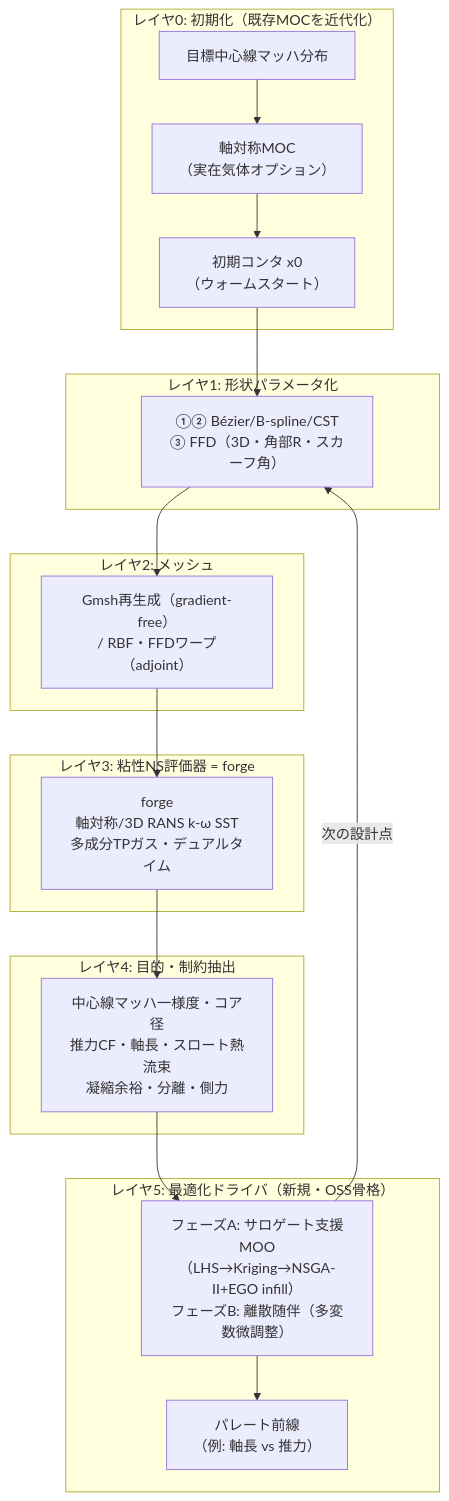
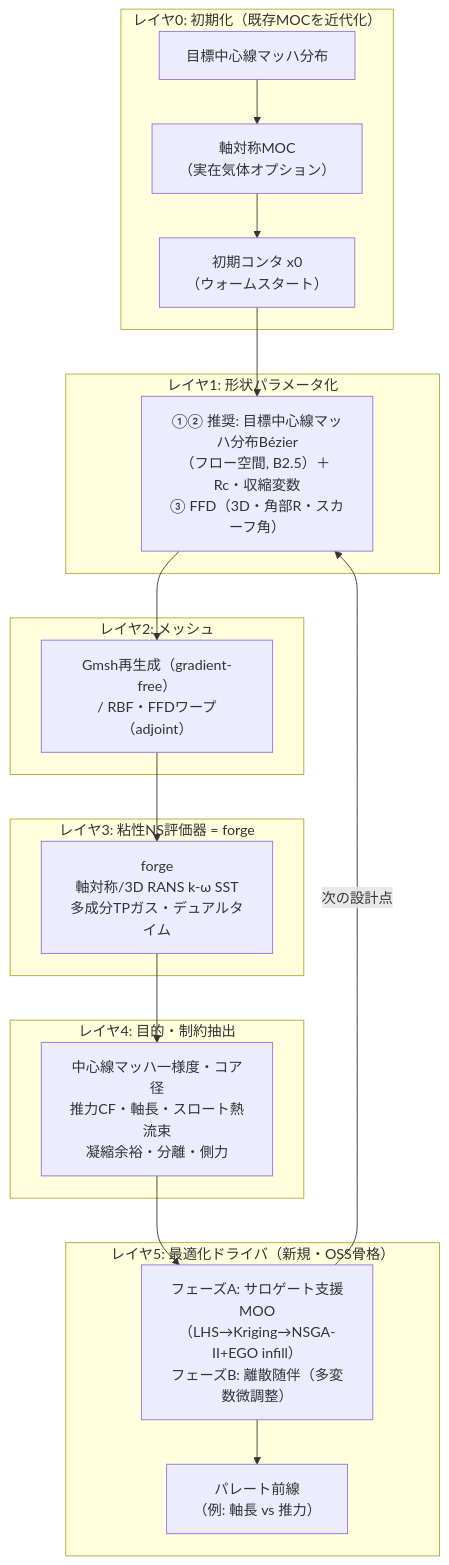
Before and after one commit to SanoKum/forge: the first of 2 diagrams in .github/plans/nozzle-optimization-tool-survey.md, drawn with Mermaid. The commit also changed other lines of this file, not shown here.

Commit message:
Add flow-space parameterization (target centerline Mach Bezier) as B2.5 to nozzle survey

````diff
--- a/.github/plans/nozzle-optimization-tool-survey.md
+++ b/.github/plans/nozzle-optimization-tool-survey.md
@@ -289,24 +289,24 @@
 ```mermaid
 flowchart TB
     subgraph L0["レイヤ0: 初期化（既存MOCを近代化）"]
         TGT["目標中心線マッハ分布"] --> MOC["軸対称MOC<br/>（実在気体オプション）"]
         MOC --> X0["初期コンタ x0<br/>（ウォームスタート）"]
     end
     subgraph L1["レイヤ1: 形状パラメータ化"]
-        X0 --> PAR["①② Bézier/B-spline/CST<br/>③ FFD（3D・角部R・スカーフ角）"]
+        X0 --> PAR["①② 推奨: 目標中心線マッハ分布Bézier<br/>（フロー空間, B2.5）＋ Rc・収縮変数<br/>③ FFD（3D・角部R・スカーフ角）"]
     end
     subgraph L2["レイヤ2: メッシュ"]
         PAR --> MESH["Gmsh再生成（gradient-free）<br/>/ RBF・FFDワープ（adjoint）"]
     end
     subgraph L3["レイヤ3: 粘性NS評価器 = forge"]
         MESH --> FORGE["forge<br/>軸対称/3D RANS k-ω SST<br/>多成分TPガス・デュアルタイム"]
     end
     subgraph L4["レイヤ4: 目的・制約抽出"]
         FORGE --> OBJ["中心線マッハ一様度・コア径<br/>推力CF・軸長・スロート熱流束<br/>凝縮余裕・分離・側力"]
     end
     subgraph L5["レイヤ5: 最適化ドライバ（新規・OSS骨格）"]
         OBJ --> DRV["フェーズA: サロゲート支援MOO<br/>（LHS→Kriging→NSGA-II+EGO infill）<br/>フェーズB: 離散随伴（多変数微調整）"]
         DRV -->|次の設計点| PAR
         DRV --> PARETO["パレート前線<br/>（例: 軸長 vs 推力）"]
     end
 ```
````
